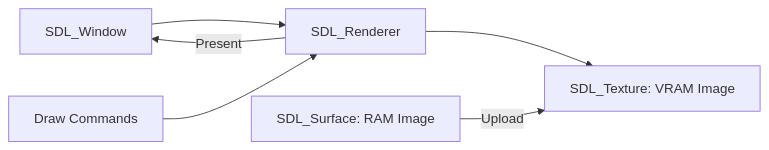
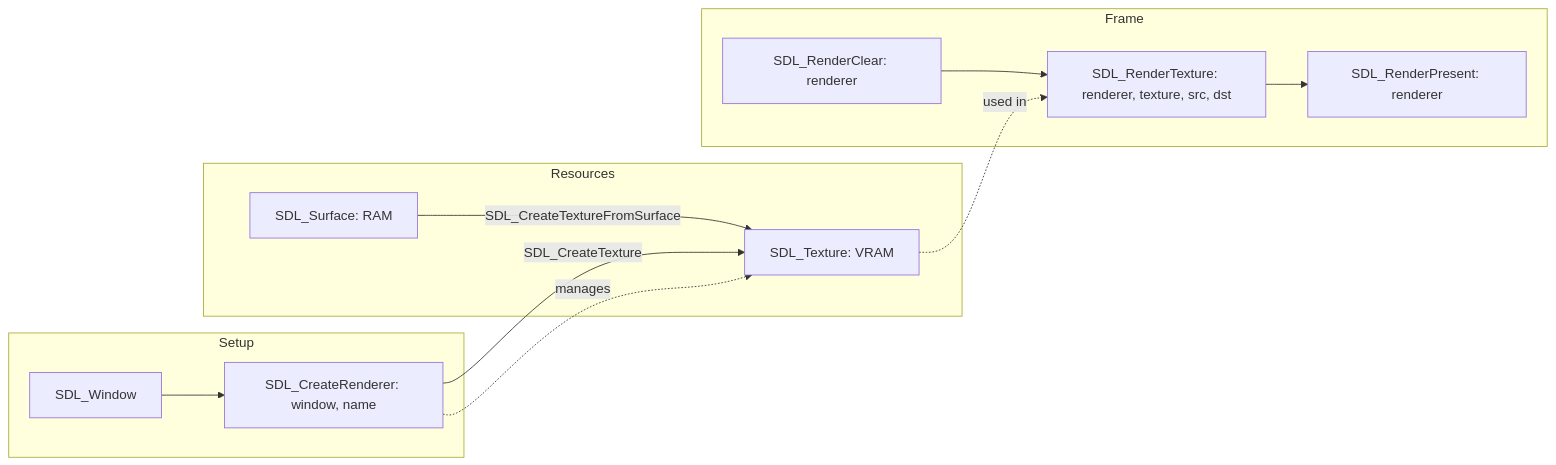
The diagram in extra/Video.md (Nebulavenus/sdl3-odin-quickdocs), drawn with Mermaid before and after one commit. The commit also changed other lines of this file and 4 other files, not shown here.

Commit message:
Working mermaid

````diff
--- a/extra/Video.md
+++ b/extra/Video.md
@@ -7,9 +7,19 @@
 ```mermaid
 graph LR
-    Window[SDL_Window] --> Renderer[SDL_Renderer]
-    Renderer --> Texture[SDL_Texture: VRAM Image]
-    Surface[SDL_Surface: RAM Image] -- Upload --> Texture
-    
-    Draw[Draw Commands] --> Renderer
-    Renderer -- Present --> Window
+    subgraph Setup
+        W[SDL_Window] --> R[SDL_CreateRenderer: window, name]
+    end
+
+    subgraph Resources
+        S[SDL_Surface: RAM] -- SDL_CreateTextureFromSurface --> T[SDL_Texture: VRAM]
+        R -- SDL_CreateTexture --> T
+    end
+
+    subgraph Frame
+        Clear[SDL_RenderClear: renderer] --> Draw[SDL_RenderTexture: renderer, texture, src, dst]
+        Draw --> Present[SDL_RenderPresent: renderer]
+    end
+
+    T -. used in .-> Draw
+    R -. manages .-> T
 ```
````
